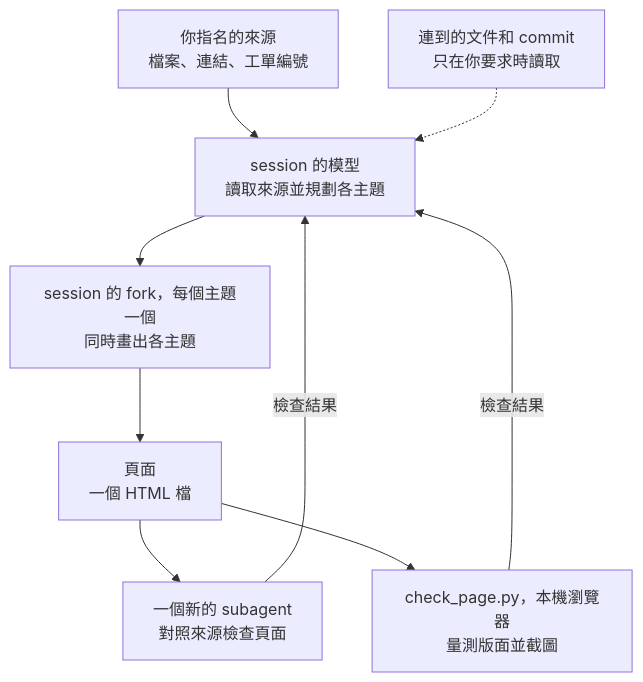
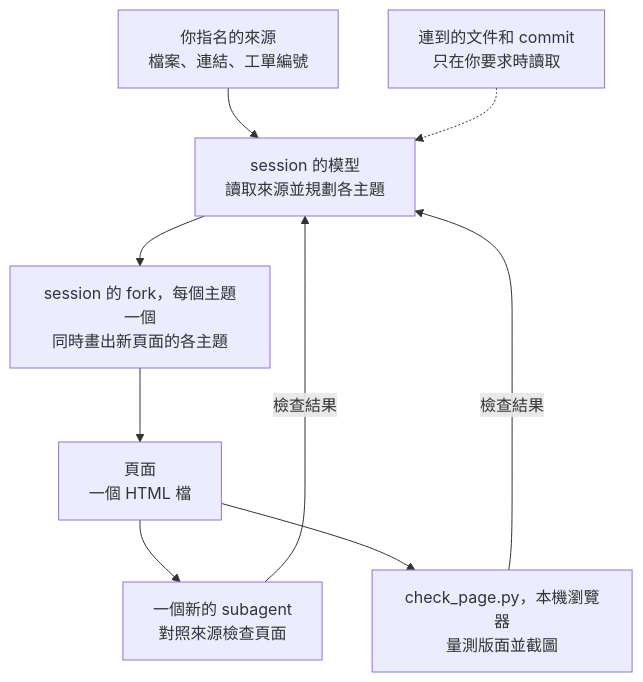
Before and after one commit to tundra-east/tundra: the diagram in plugins/visualise-document/README.zh-TW.md, drawn with Mermaid. The commit also changed other lines of this file and 4 other files, not shown here.

````diff
--- a/plugins/visualise-document/README.zh-TW.md
+++ b/plugins/visualise-document/README.zh-TW.md
@@ -36,11 +36,11 @@
 ```mermaid
 flowchart TB
     sources["你指名的來源<br>檔案、連結、工單編號"] --> read
     linked["連到的文件和 commit<br>只在你要求時讀取"] -.-> read
-    read["session 的模型<br>讀取來源並規劃各主題"] --> forks["session 的 fork，每個主題一個<br>同時畫出各主題"]
+    read["session 的模型<br>讀取來源並規劃各主題"] --> forks["session 的 fork，每個主題一個<br>同時畫出新頁面的各主題"]
     forks --> page["頁面<br>一個 HTML 檔"]
     page --> verify["一個新的 subagent<br>對照來源檢查頁面"]
     page --> check["check_page.py，本機瀏覽器<br>量測版面並截圖"]
     verify -- 檢查結果 --> read
     check -- 檢查結果 --> read
 ```
````
